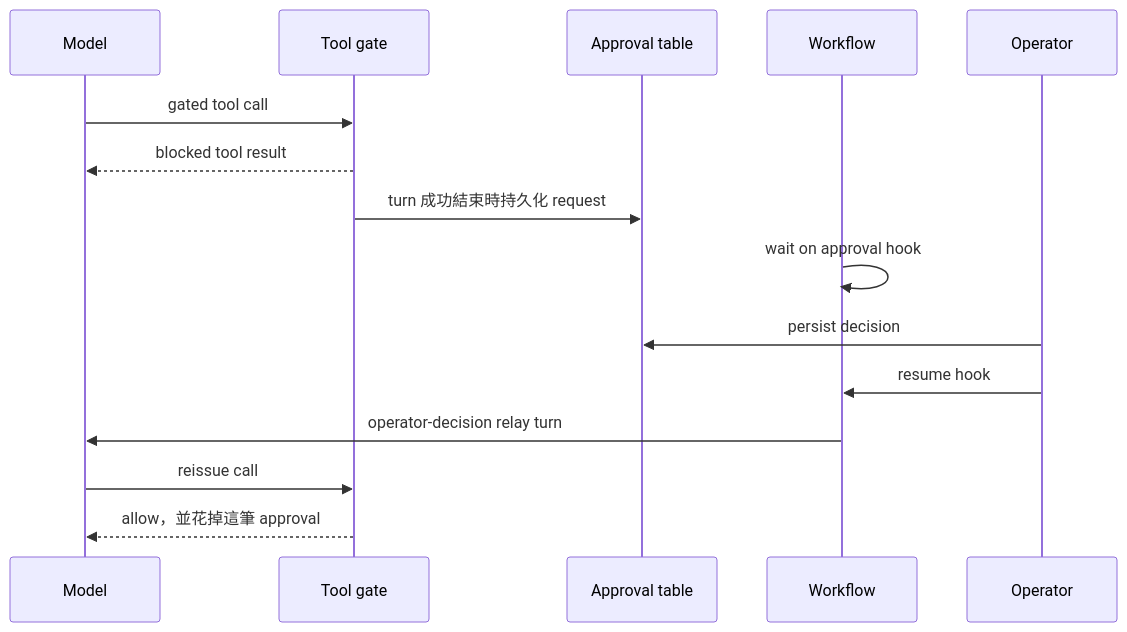
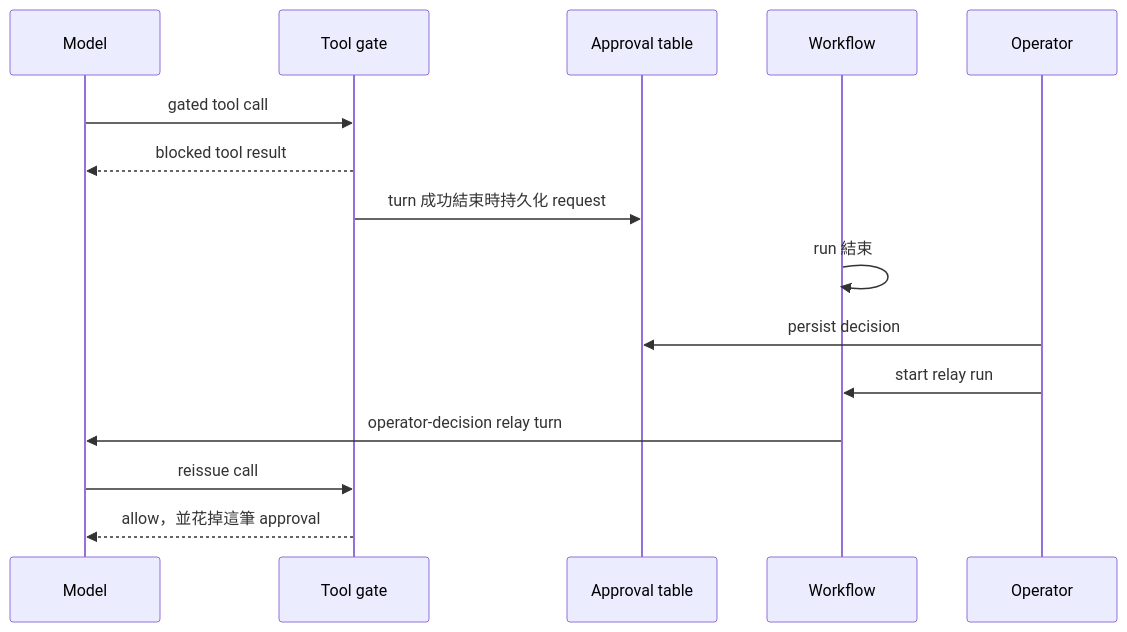
One commit to Chia1104/chia1104.dev changed the third of 3 diagrams in docs/agent-architecture.zh.md. Above: the diagram before and after it, drawn with Mermaid. The commit also changed other lines of this file and 22 other files, not shown here.

````diff
--- a/docs/agent-architecture.zh.md
+++ b/docs/agent-architecture.zh.md
@@ -187,18 +183,18 @@
 ```mermaid
 sequenceDiagram
     participant M as Model
     participant G as Tool gate
     participant DB as Approval table
     participant WF as Workflow
     participant U as Operator
 
     M->>G: gated tool call
     G-->>M: blocked tool result
     G->>DB: turn 成功結束時持久化 request
-    WF->>WF: wait on approval hook
+    WF->>WF: run 結束
     U->>DB: persist decision
-    U->>WF: resume hook
+    U->>WF: start relay run
     WF->>M: operator-decision relay turn
     M->>G: reissue call
     G-->>M: allow，並花掉這筆 approval
 ```
````
